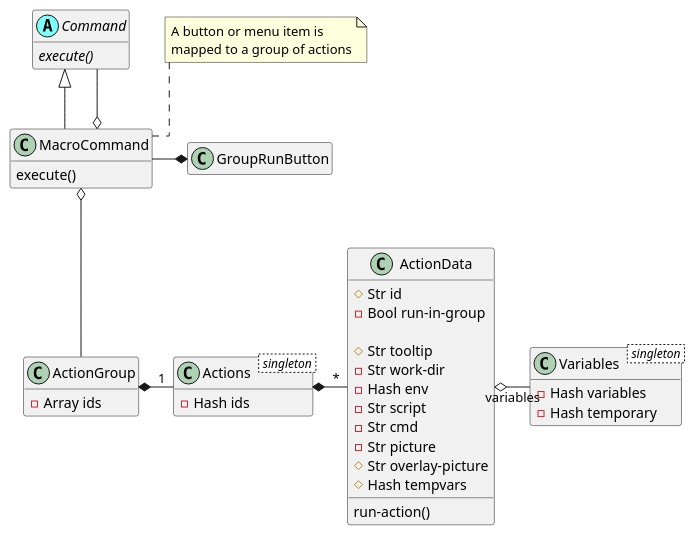
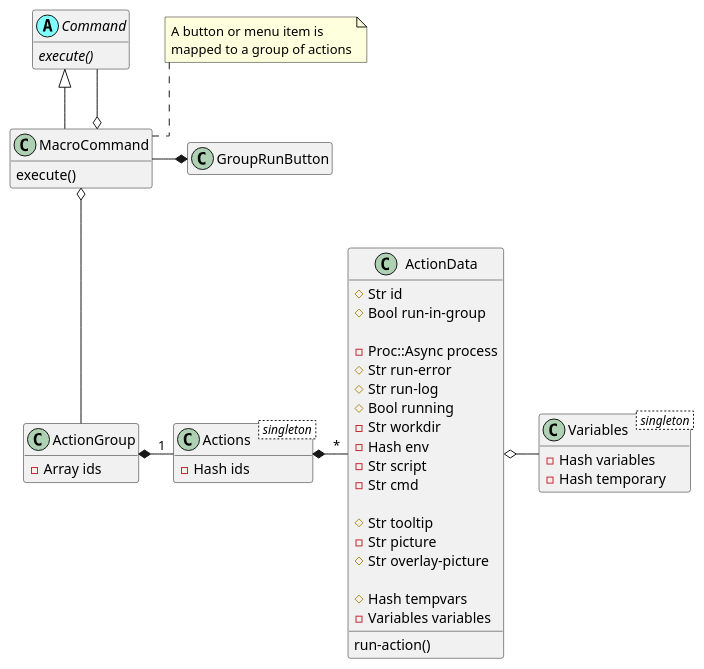
The second of 2 diagrams in doc/dispatcher.md (MARTIMM/SessionManager), drawn with PlantUML before and after one commit. The commit also changed other lines of this file, not shown here.

````diff
--- a/doc/dispatcher.md
+++ b/doc/dispatcher.md
@@ -102,64 +111,71 @@
 ```plantuml
 @startuml
 
 'scale 0.8
 
 skinparam packageStyle rectangle
 skinparam stereotypeCBackgroundColor #80ffff
 skinparam linetype ortho
 
 set namespaceSeparator ::
 hide empty members
 
 abstract class Command <<(A,#80ffff)>> {
   {abstract} execute()
 }
 
 class MacroCommand {
   execute()
 }
 
 class Variables < singleton > {
   - Hash variables
   - Hash temporary
 }
 
 class Actions < singleton > {
   - Hash ids
 }
 
 class ActionGroup {
   - Array ids
 }
 
 class ActionData {
   # Str id
-  - Bool run-in-group
+  # Bool run-in-group
 
-  # Str tooltip
-  - Str work-dir
+  - Proc::Async process
+  # Str run-error
+  # Str run-log
+  # Bool running
+  - Str workdir
   - Hash env
   - Str script
   - Str cmd
+
+  # Str tooltip
   - Str picture
   # Str overlay-picture
+
   # Hash tempvars
+  - Variables variables
 
   run-action()
 }
 
 Actions *- "*" ActionData
 
 
 Command <|-- MacroCommand
 Command  --o MacroCommand
 MacroCommand  o-- ActionGroup
 note "A button or menu item is\nmapped to a group of actions" as N2
 N2 .. MacroCommand
 
-ActionData o- Variables: variables
+ActionData o- Variables
 MacroCommand -* GroupRunButton
 
 ActionGroup *- "1" Actions
 @enduml
 ```
````
